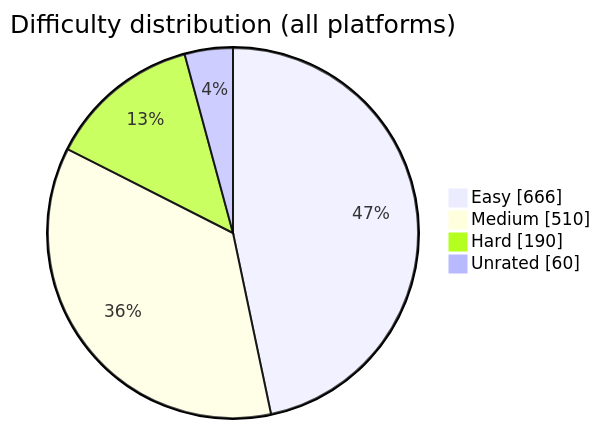
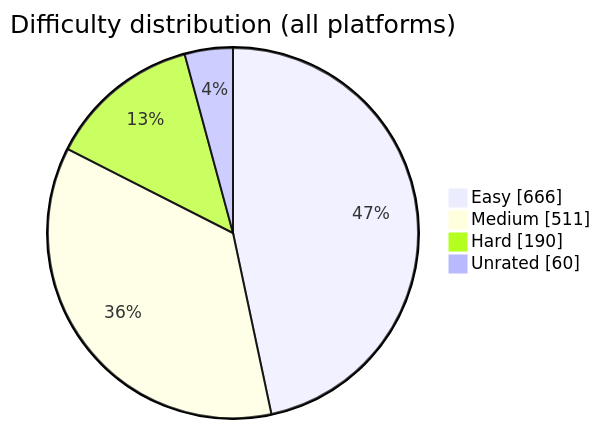
Before and after one commit to BuildbyArindam/Daily-Coding-Log: the diagram in README.md, drawn with Mermaid. The commit also changed other lines of this file, not shown here.

````diff
--- a/README.md
+++ b/README.md
@@ -93,7 +93,7 @@
 ```mermaid
 pie showData title Difficulty distribution (all platforms)
     "Easy" : 666
-    "Medium" : 510
+    "Medium" : 511
     "Hard" : 190
     "Unrated" : 60
 ```
````
